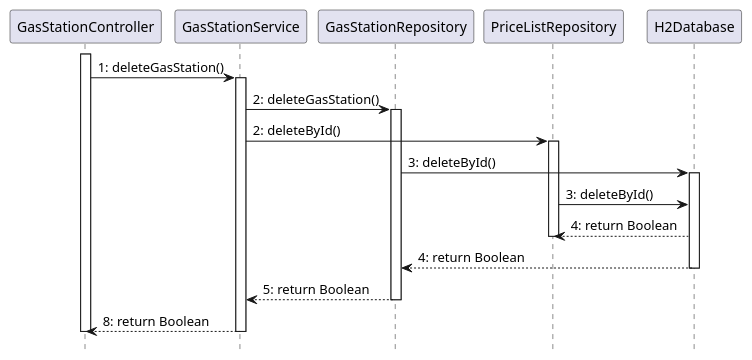
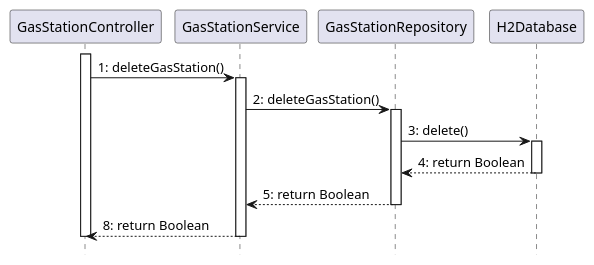
Before and after one commit to SE2-group4/SE1-project: the tenth of 14 diagrams in docs/DesignDocument.md, drawn with PlantUML. The commit also changed other lines of this file, not shown here.

````diff
--- a/docs/DesignDocument.md
+++ b/docs/DesignDocument.md
@@ -666,41 +676,33 @@
 ```plantuml
 @startuml
 hide footbox
 skinparam shadowing false
 
 participant GasStationController as GC
 participant GasStationService as GS
 participant GasStationRepository as GR
-participant PriceListRepository as PR
 participant H2Database as H2
 
 activate GC
 GC -> GS: 1: deleteGasStation()
 activate GS
 
 GS -> GR: 2: deleteGasStation()
 activate GR
 
-GS -> PR: 2: deleteById()
-activate PR
-
-GR -> H2: 3: deleteById()
+GR -> H2: 3: delete()
 
 activate H2
-PR -> H2: 3: deleteById()
-
-H2 --> PR: 4: return Boolean
-deactivate PR
 
 H2 --> GR: 4: return Boolean
 deactivate H2
 
 
 GR --> GS: 5: return Boolean
 deactivate GR
 
 GS --> GC: 8: return Boolean
 deactivate GS
 deactivate GC
 @enduml
 ```
````
